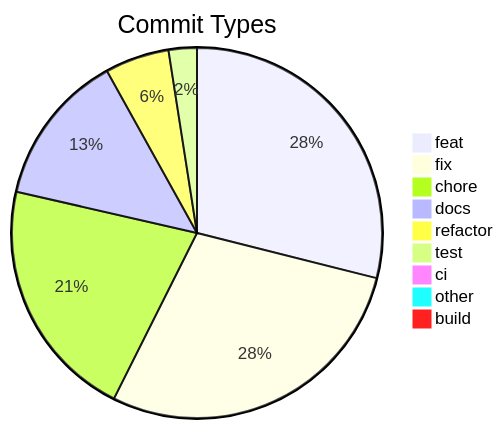
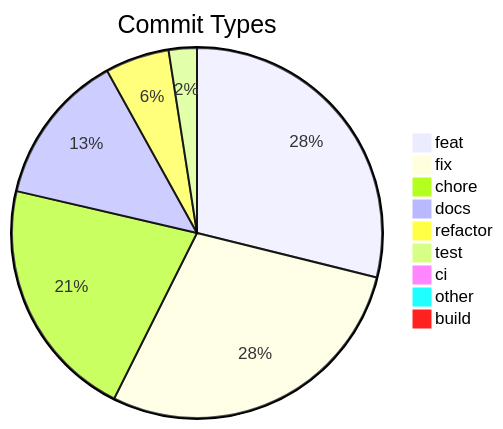
One commit to svenroth-ai/shipwright changed the diagram in .shipwright/compliance/change-history.md. Above: the diagram before and after it, drawn with Mermaid. The commit also changed other lines of this file and 16 other files, not shown here.

````diff
--- a/.shipwright/compliance/change-history.md
+++ b/.shipwright/compliance/change-history.md
@@ -8,12 +8,12 @@
 ```mermaid
 pie title Commit Types
     "feat" : 258
-    "fix" : 254
-    "chore" : 189
+    "fix" : 255
+    "chore" : 190
     "docs" : 119
     "refactor" : 50
     "test" : 22
     "ci" : 7
     "other" : 7
     "build" : 1
 ```
````
